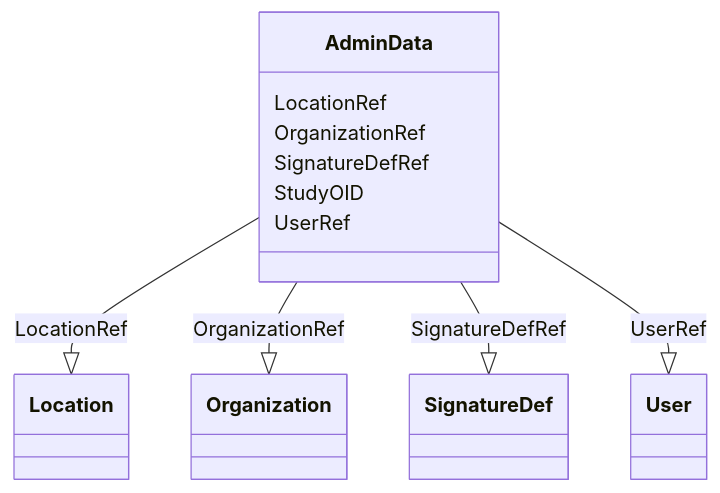
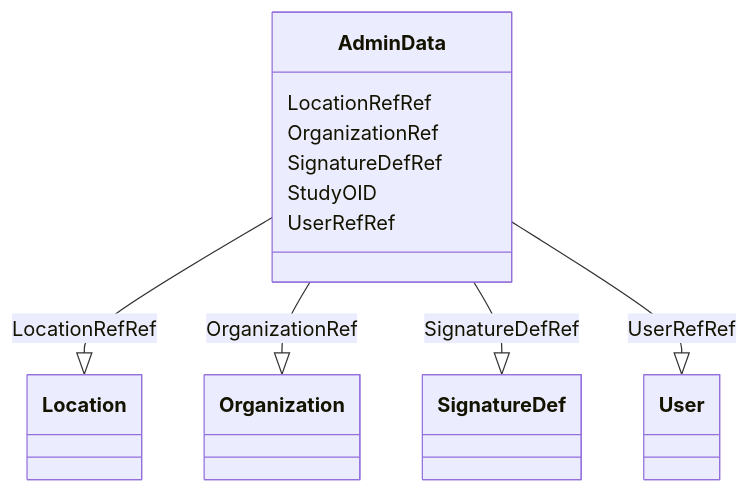
The diagram in docs/AdminData.md (cdisc-org/DataExchange-ODM-LinkML), drawn with Mermaid before and after one commit. The commit also changed other lines of this file and 398 other files, not shown here.

Commit message:
refreshing for latest updates to schema

````diff
--- a/docs/AdminData.md
+++ b/docs/AdminData.md
@@ -9,23 +9,23 @@
 ```mermaid
  classDiagram
     class AdminData
-      AdminData : LocationRef
+      AdminData : LocationRefRef
         
-          AdminData --|> Location : LocationRef
+          AdminData --|> Location : LocationRefRef
         
       AdminData : OrganizationRef
         
           AdminData --|> Organization : OrganizationRef
         
       AdminData : SignatureDefRef
         
           AdminData --|> SignatureDef : SignatureDefRef
         
       AdminData : StudyOID
         
-      AdminData : UserRef
+      AdminData : UserRefRef
         
-          AdminData --|> User : UserRef
+          AdminData --|> User : UserRefRef
         
       
 ```
````
